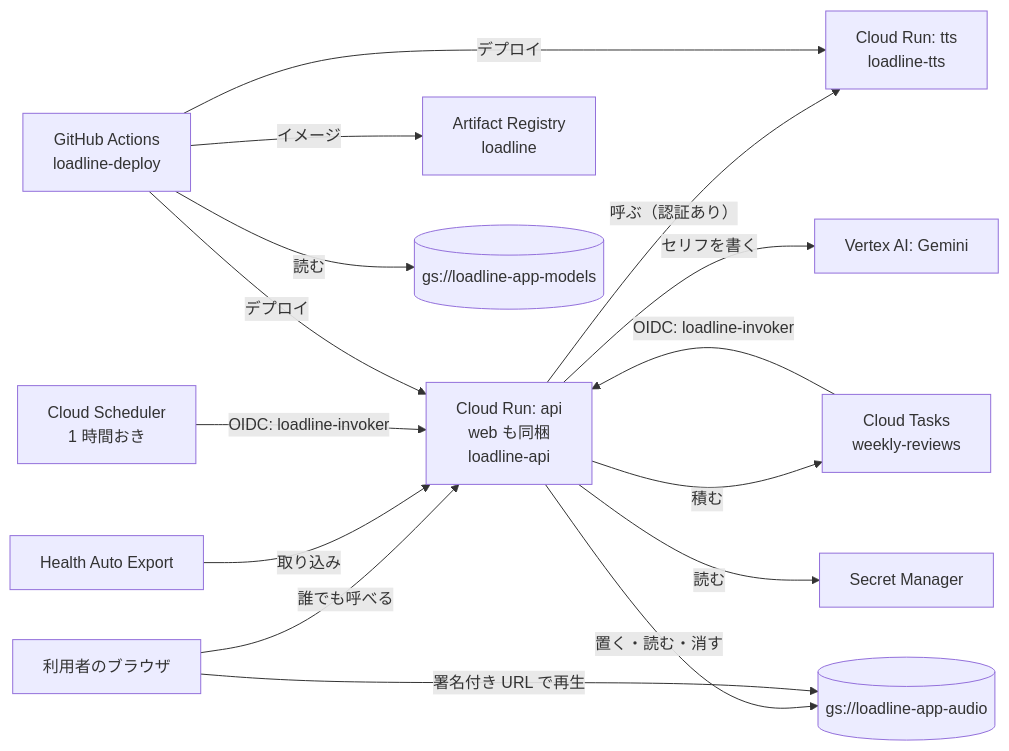
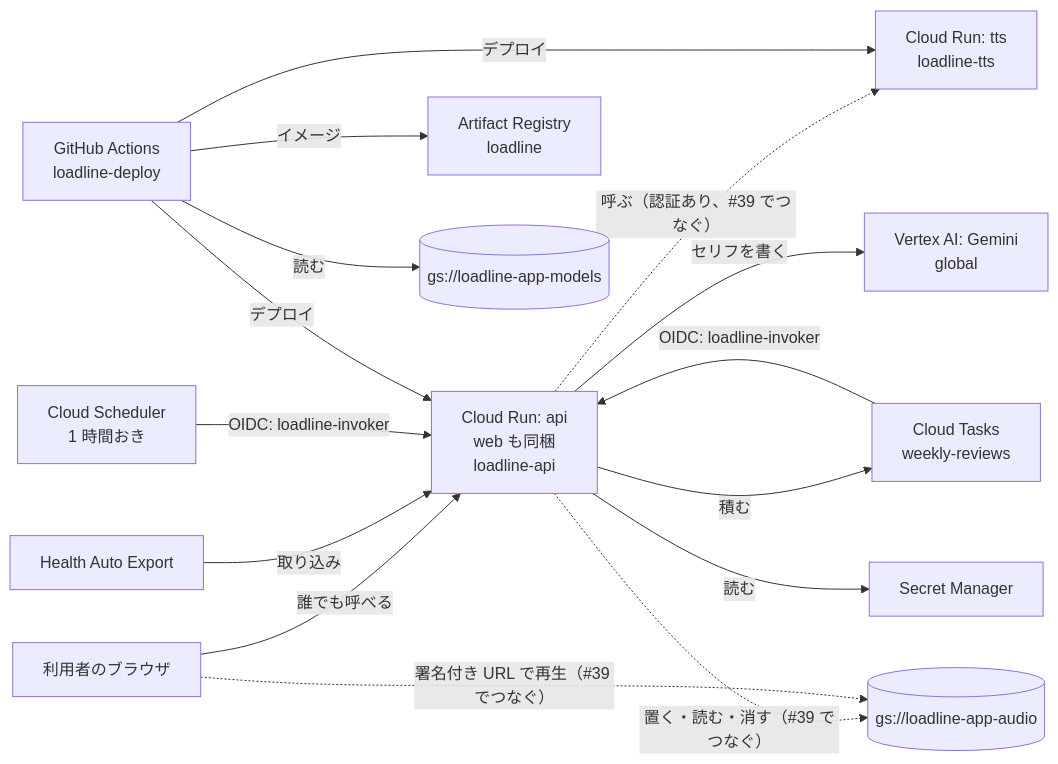
Before and after one commit to d-station-grid/loadline: the diagram in docs/gcp.md, drawn with Mermaid. The commit also changed other lines of this file, not shown here.

First line of the commit message:
GCP の docs をレビューに合わせて正す：まだない音声の経路、利用額上限の戻り方、Gemini の場所

````diff
--- a/docs/gcp.md
+++ b/docs/gcp.md
@@ -12,17 +13,17 @@
 ```mermaid
 flowchart LR
   U[利用者のブラウザ] -- 誰でも呼べる --> A[Cloud Run: api<br>web も同梱<br>loadline-api]
   HAE[Health Auto Export] -- 取り込み --> A
   SCH[Cloud Scheduler<br>1 時間おき] -- OIDC: loadline-invoker --> A
   A -- 積む --> Q[Cloud Tasks<br>weekly-reviews]
   Q -- OIDC: loadline-invoker --> A
-  A -- 呼ぶ（認証あり） --> T[Cloud Run: tts<br>loadline-tts]
-  A -- セリフを書く --> V[Vertex AI: Gemini]
-  A -- 置く・読む・消す --> S[(gs://loadline-app-audio)]
+  A -. 呼ぶ（認証あり、#39 でつなぐ） .-> T[Cloud Run: tts<br>loadline-tts]
+  A -- セリフを書く --> V[Vertex AI: Gemini<br>global]
+  A -. 置く・読む・消す（#39 でつなぐ） .-> S[(gs://loadline-app-audio)]
   A -- 読む --> SM[Secret Manager]
-  U -- 署名付き URL で再生 --> S
+  U -. 署名付き URL で再生（#39 でつなぐ） .-> S
   GA[GitHub Actions<br>loadline-deploy] -- イメージ --> AR[Artifact Registry<br>loadline]
   GA -- 読む --> M[(gs://loadline-app-models)]
   GA -- デプロイ --> A
   GA -- デプロイ --> T
 ```
````
